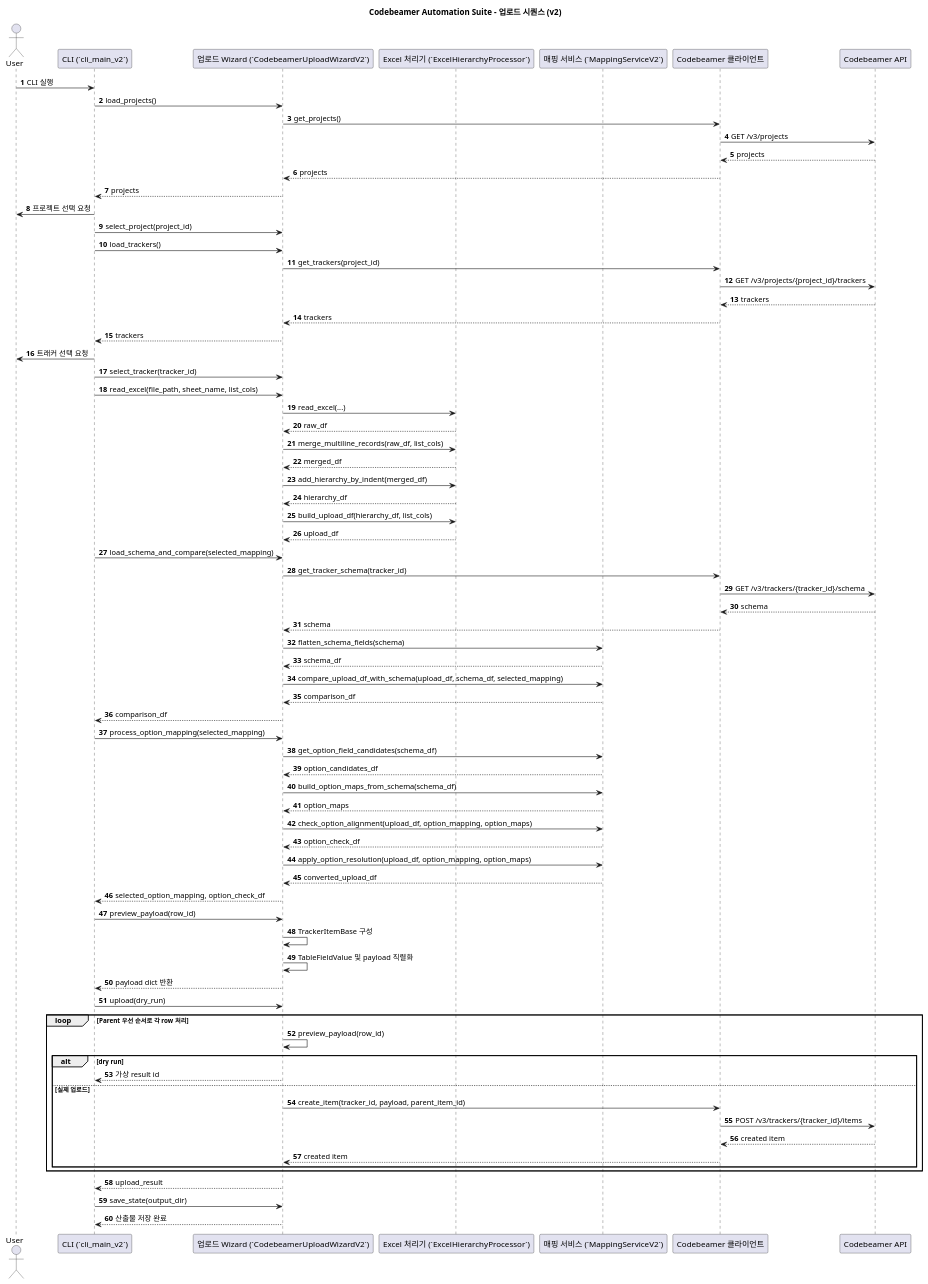
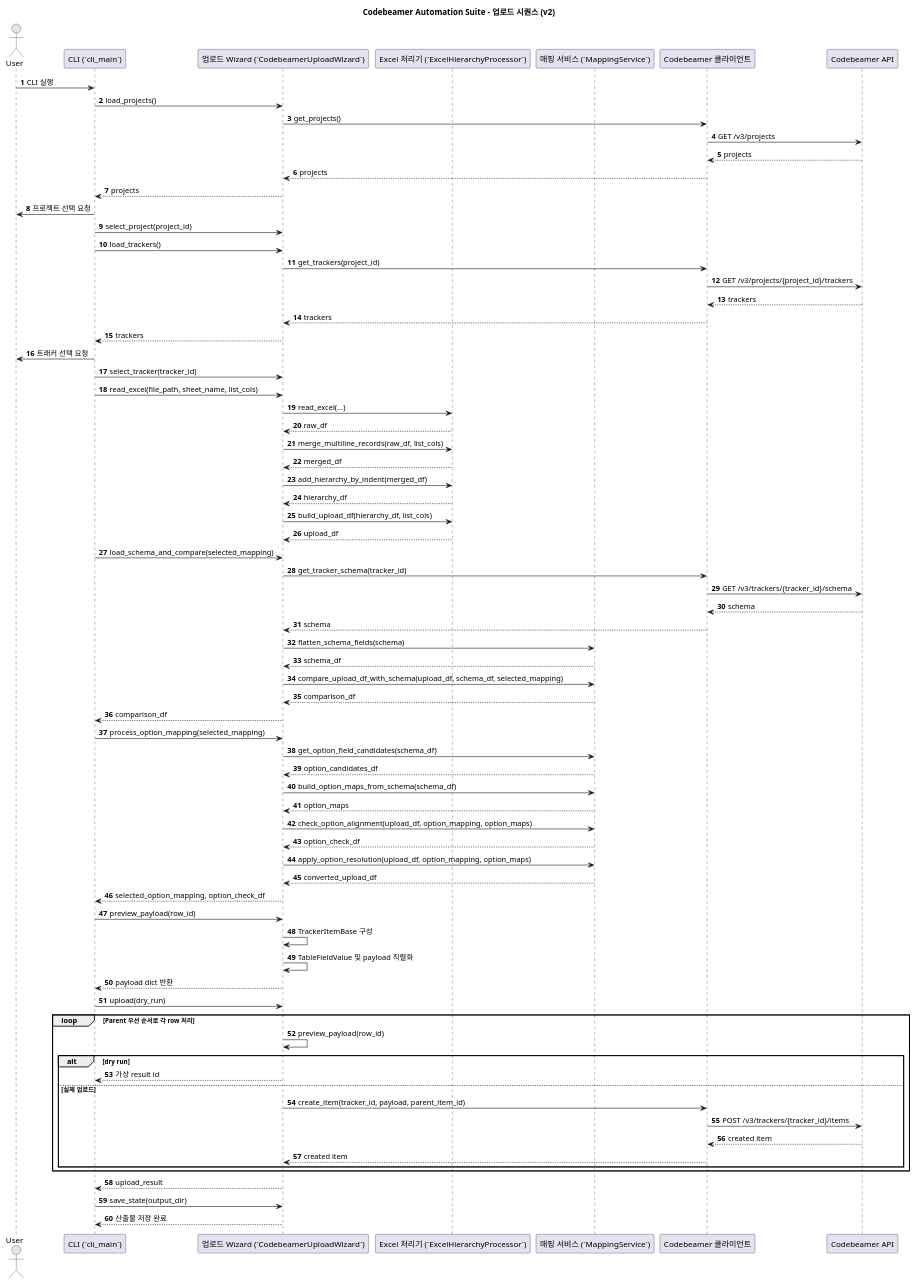
The diagram in docs/upload-sequence.puml (H-Wol/codebeamer-automation-suite), drawn with PlantUML before and after one commit. The commit also changed 13 other files, not shown here.

First line of the commit message:
refactor: CodebeamerUploadWizard 가독성 및 유지보수성 개선

```diff
--- a/docs/upload-sequence.puml
+++ b/docs/upload-sequence.puml
@@ -1,86 +1,86 @@
 @startuml
 autonumber
 
 title Codebeamer Automation Suite - 업로드 시퀀스 (v2)
 
 actor User
-participant "CLI (`cli_main_v2`)" as CLI
-participant "업로드 Wizard (`CodebeamerUploadWizardV2`)" as Wizard
+participant "CLI (`cli_main`)" as CLI
+participant "업로드 Wizard (`CodebeamerUploadWizard`)" as Wizard
 participant "Excel 처리기 (`ExcelHierarchyProcessor`)" as Processor
-participant "매핑 서비스 (`MappingServiceV2`)" as Mapper
+participant "매핑 서비스 (`MappingService`)" as Mapper
 participant "Codebeamer 클라이언트" as Client
 participant "Codebeamer API" as API
 
 User -> CLI : CLI 실행
 CLI -> Wizard : load_projects()
 Wizard -> Client : get_projects()
 Client -> API : GET /v3/projects
 API --> Client : projects
 Client --> Wizard : projects
 Wizard --> CLI : projects
 CLI -> User : 프로젝트 선택 요청
 
 CLI -> Wizard : select_project(project_id)
 CLI -> Wizard : load_trackers()
 Wizard -> Client : get_trackers(project_id)
 Client -> API : GET /v3/projects/{project_id}/trackers
 API --> Client : trackers
 Client --> Wizard : trackers
 Wizard --> CLI : trackers
 CLI -> User : 트래커 선택 요청
 CLI -> Wizard : select_tracker(tracker_id)
 
 CLI -> Wizard : read_excel(file_path, sheet_name, list_cols)
 Wizard -> Processor : read_excel(...)
 Processor --> Wizard : raw_df
 Wizard -> Processor : merge_multiline_records(raw_df, list_cols)
 Processor --> Wizard : merged_df
 Wizard -> Processor : add_hierarchy_by_indent(merged_df)
 Processor --> Wizard : hierarchy_df
 Wizard -> Processor : build_upload_df(hierarchy_df, list_cols)
 Processor --> Wizard : upload_df
 
 CLI -> Wizard : load_schema_and_compare(selected_mapping)
 Wizard -> Client : get_tracker_schema(tracker_id)
 Client -> API : GET /v3/trackers/{tracker_id}/schema
 API --> Client : schema
 Client --> Wizard : schema
 Wizard -> Mapper : flatten_schema_fields(schema)
 Mapper --> Wizard : schema_df
 Wizard -> Mapper : compare_upload_df_with_schema(upload_df, schema_df, selected_mapping)
 Mapper --> Wizard : comparison_df
 Wizard --> CLI : comparison_df
 
 CLI -> Wizard : process_option_mapping(selected_mapping)
 Wizard -> Mapper : get_option_field_candidates(schema_df)
 Mapper --> Wizard : option_candidates_df
 Wizard -> Mapper : build_option_maps_from_schema(schema_df)
 Mapper --> Wizard : option_maps
 Wizard -> Mapper : check_option_alignment(upload_df, option_mapping, option_maps)
 Mapper --> Wizard : option_check_df
 Wizard -> Mapper : apply_option_resolution(upload_df, option_mapping, option_maps)
 Mapper --> Wizard : converted_upload_df
 Wizard --> CLI : selected_option_mapping, option_check_df
 
 CLI -> Wizard : preview_payload(row_id)
 Wizard -> Wizard : TrackerItemBase 구성
 Wizard -> Wizard : TableFieldValue 및 payload 직렬화
 Wizard --> CLI : payload dict 반환
 
 CLI -> Wizard : upload(dry_run)
 loop Parent 우선 순서로 각 row 처리
   Wizard -> Wizard : preview_payload(row_id)
   alt dry run
     Wizard --> CLI : 가상 result id
   else 실제 업로드
     Wizard -> Client : create_item(tracker_id, payload, parent_item_id)
     Client -> API : POST /v3/trackers/{tracker_id}/items
     API --> Client : created item
     Client --> Wizard : created item
   end
 end
 
 Wizard --> CLI : upload_result
 CLI -> Wizard : save_state(output_dir)
 Wizard --> CLI : 산출물 저장 완료
 @enduml
```
